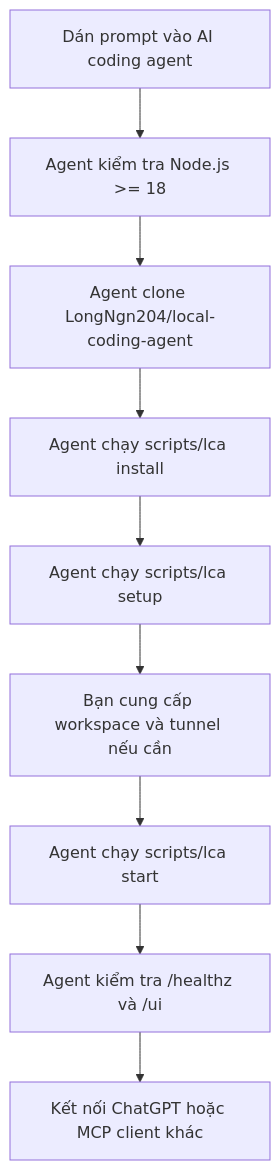
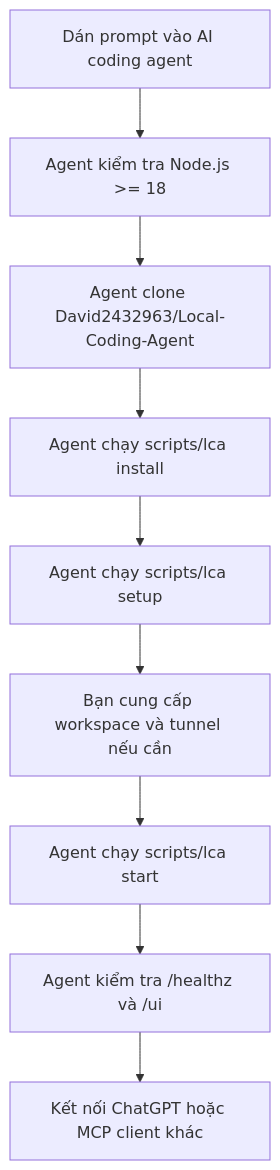
The second of 2 diagrams in README.md (David2432963/Local-Coding-Agent), drawn with Mermaid before and after one commit. The commit also changed other lines of this file, not shown here.

Commit message:
docs: point README to David's repository

````diff
--- a/README.md
+++ b/README.md
@@ -511,11 +510,11 @@
 ```mermaid
 flowchart TD
   A["Dán prompt vào AI coding agent"] --> B["Agent kiểm tra Node.js >= 18"]
-  B --> C["Agent clone LongNgn204/local-coding-agent"]
+  B --> C["Agent clone David2432963/Local-Coding-Agent"]
   C --> D["Agent chạy scripts/lca install"]
   D --> E["Agent chạy scripts/lca setup"]
   E --> F["Bạn cung cấp workspace và tunnel nếu cần"]
   F --> G["Agent chạy scripts/lca start"]
   G --> H["Agent kiểm tra /healthz và /ui"]
   H --> I["Kết nối ChatGPT hoặc MCP client khác"]
 ```
````
